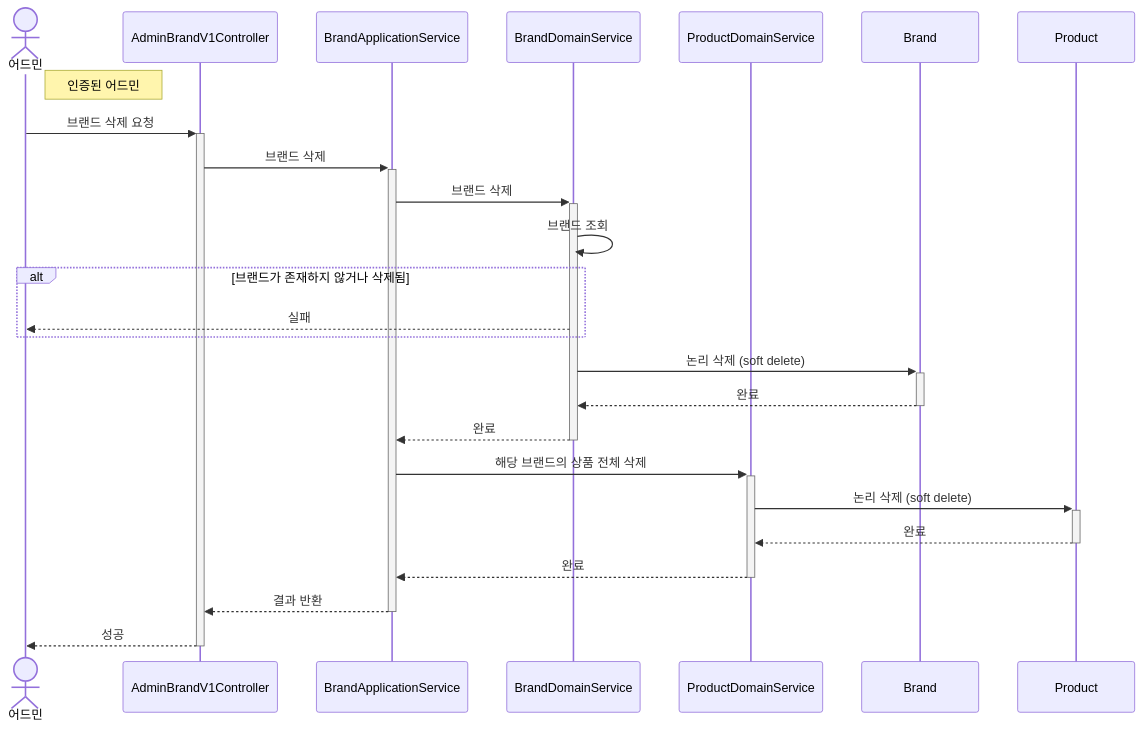
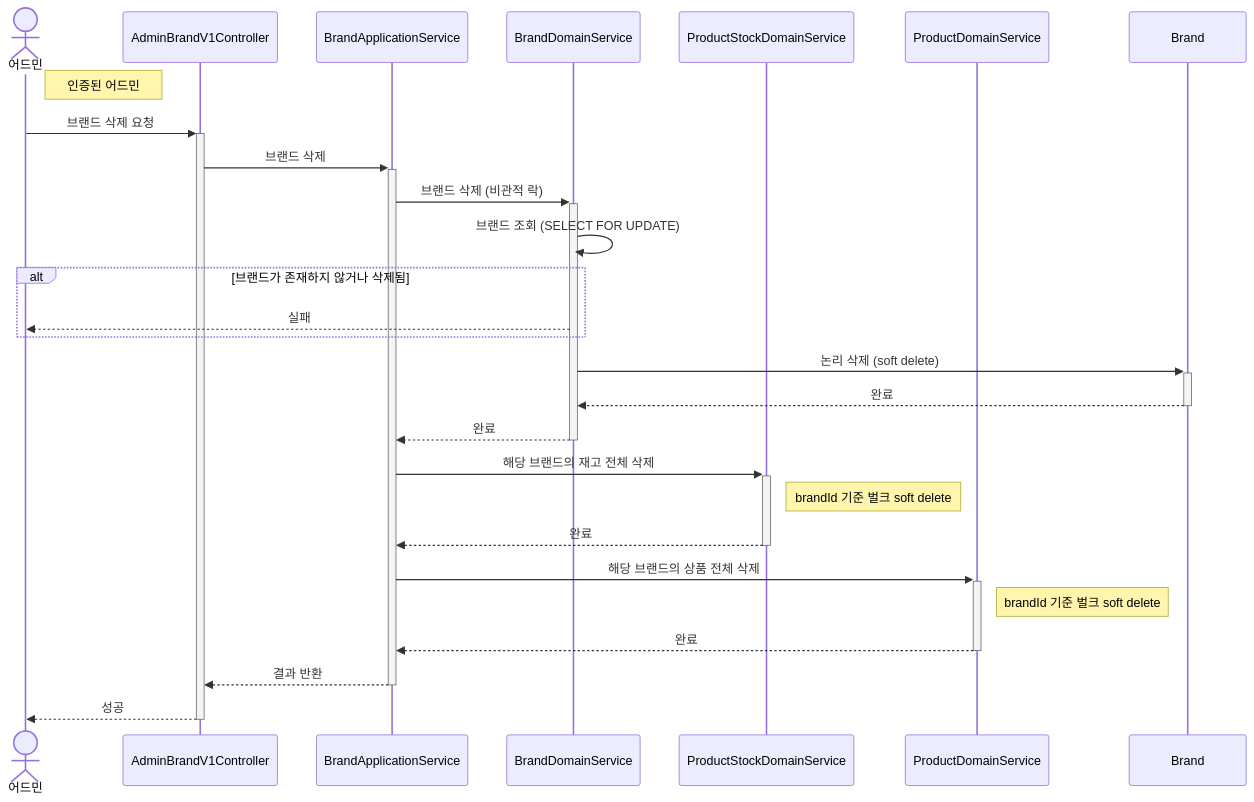
The sixth of 7 diagrams in .docs/02-sequence-diagrams.md (Loopers-dev-lab/loop-pack-be-l2-vol3-java), drawn with Mermaid before and after one commit. The commit also changed other lines of this file and 3 other files, not shown here.

````diff
--- a/.docs/02-sequence-diagrams.md
+++ b/.docs/02-sequence-diagrams.md
@@ -319,32 +320,35 @@
 ```mermaid
 sequenceDiagram
     actor 어드민
     participant AdminBrandV1Controller
     participant BrandApplicationService
     participant BrandDomainService
+    participant ProductStockDomainService
     participant ProductDomainService
     participant Brand
-    participant Product
 
     Note right of 어드민: 인증된 어드민
 
     어드민->>+AdminBrandV1Controller: 브랜드 삭제 요청
     AdminBrandV1Controller->>+BrandApplicationService: 브랜드 삭제
 
-    BrandApplicationService->>+BrandDomainService: 브랜드 삭제
-    BrandDomainService->>BrandDomainService: 브랜드 조회
+    BrandApplicationService->>+BrandDomainService: 브랜드 삭제 (비관적 락)
+    BrandDomainService->>BrandDomainService: 브랜드 조회 (SELECT FOR UPDATE)
     alt 브랜드가 존재하지 않거나 삭제됨
         BrandDomainService-->>어드민: 실패
     end
     BrandDomainService->>+Brand: 논리 삭제 (soft delete)
     Brand-->>-BrandDomainService: 완료
     BrandDomainService-->>-BrandApplicationService: 완료
 
+    BrandApplicationService->>+ProductStockDomainService: 해당 브랜드의 재고 전체 삭제
+    Note right of ProductStockDomainService: brandId 기준 벌크 soft delete
+    ProductStockDomainService-->>-BrandApplicationService: 완료
+
     BrandApplicationService->>+ProductDomainService: 해당 브랜드의 상품 전체 삭제
-    ProductDomainService->>+Product: 논리 삭제 (soft delete)
-    Product-->>-ProductDomainService: 완료
+    Note right of ProductDomainService: brandId 기준 벌크 soft delete
     ProductDomainService-->>-BrandApplicationService: 완료
 
     BrandApplicationService-->>-AdminBrandV1Controller: 결과 반환
     AdminBrandV1Controller-->>-어드민: 성공
 ```
````
